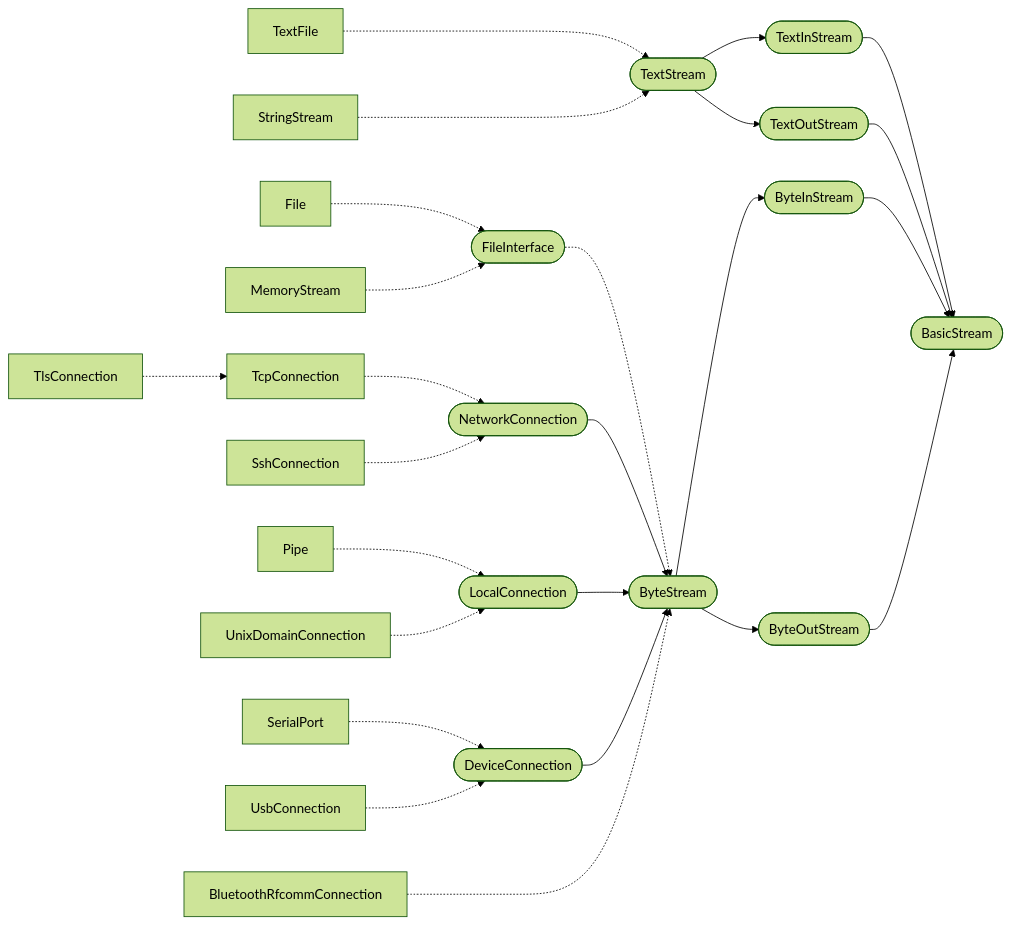
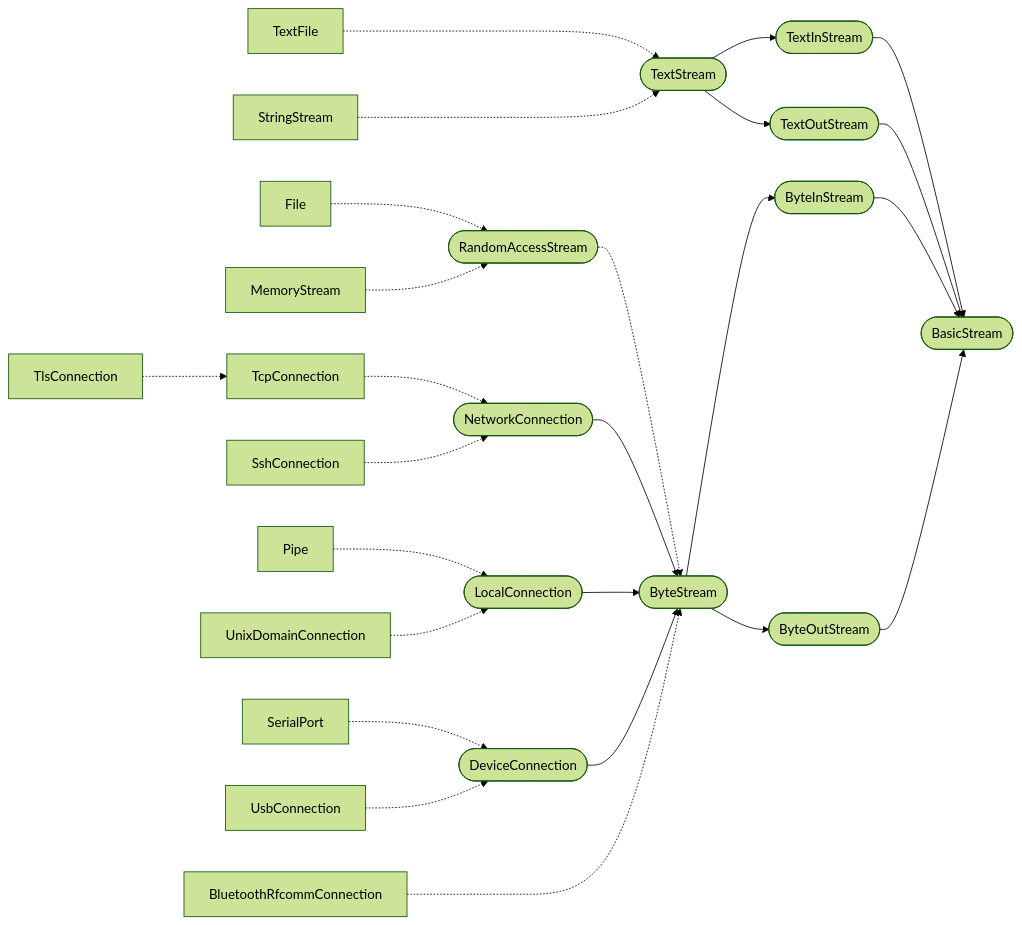
The diagram in 2 Standard Lib/6 Stream, File & CLI.md (laro/Cilia), drawn with Mermaid (forest theme) before and after one commit. The commit also changed other lines of this file, not shown here.

Commit message:
Update 6 Stream, File & CLI.md

````diff
--- a/2 Standard Lib/6 Stream, File & CLI.md
+++ b/2 Standard Lib/6 Stream, File & CLI.md
@@ -278,65 +278,65 @@
 ```mermaid
 flowchart LR
     BasicStream([BasicStream])
 
-    FileInterface([FileInterface])
+    RandomAccessStream([RandomAccessStream])
 
     TextStream([TextStream])
     TextInStream([TextInStream])
     TextOutStream([TextOutStream])
 
     TextFile[TextFile]
     StringStream[StringStream]
 
     ByteStream([ByteStream])
     ByteInStream([ByteInStream])
     ByteOutStream([ByteOutStream])
     
     File[File]
     MemoryStream[MemoryStream]
     NetworkConnection([NetworkConnection])
     TcpConnection[TcpConnection]
     TlsConnection[TlsConnection]
     SshConnection[SshConnection]
     LocalConnection([LocalConnection])
     Pipe[Pipe]
     UnixDomainConnection[UnixDomainConnection]
     DeviceConnection([DeviceConnection])
     SerialPort[SerialPort]
     UsbConnection[UsbConnection]
     BluetoothRfcommConnection[BluetoothRfcommConnection]
     
     TextFile -..-> TextStream
     StringStream -..-> TextStream
 
     TextStream --> TextInStream
     TextStream --> TextOutStream
 
     TextInStream --> BasicStream
     TextOutStream --> BasicStream
 
-    File -.-> FileInterface
-    MemoryStream -.-> FileInterface
-    FileInterface -.-> ByteStream
+    File -.-> RandomAccessStream
+    MemoryStream -.-> RandomAccessStream
+    RandomAccessStream -.-> ByteStream
 
     NetworkConnection --> ByteStream
     LocalConnection --> ByteStream
     DeviceConnection --> ByteStream
     BluetoothRfcommConnection -..-> ByteStream
     
     TcpConnection -.-> NetworkConnection
     TlsConnection -.-> TcpConnection
     SshConnection -.-> NetworkConnection
     
     Pipe -.-> LocalConnection
     UnixDomainConnection -.-> LocalConnection
     
     SerialPort -.-> DeviceConnection
     UsbConnection -.-> DeviceConnection
     
     ByteStream --> ByteInStream
     ByteStream --> ByteOutStream
 
     ByteInStream --> BasicStream
     ByteOutStream --> BasicStream
 ```
````
